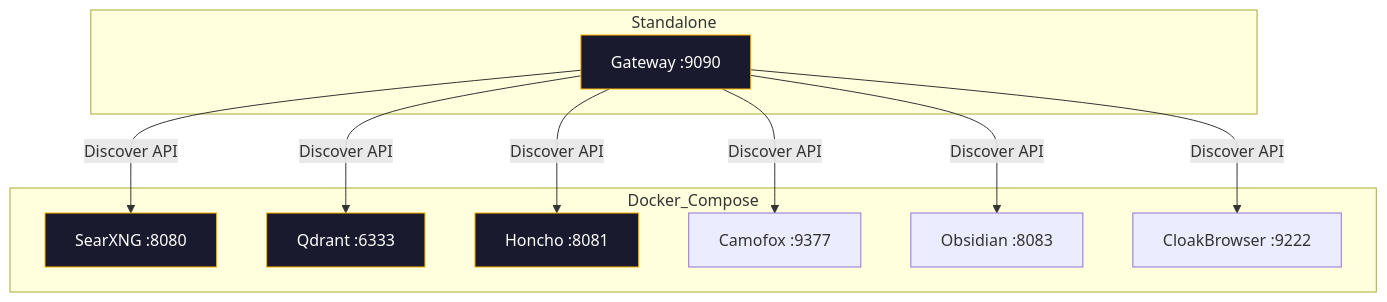
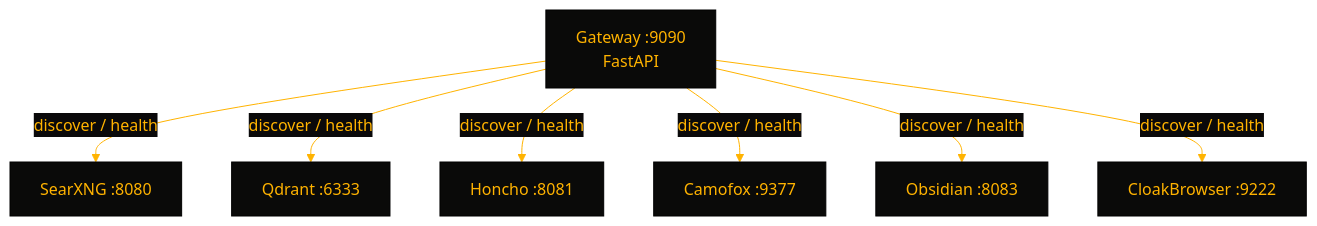
The diagram in README.md (OneByJorah/ForgeDash), drawn with Mermaid before and after one commit. The commit also changed other lines of this file and 11 other files, not shown here.

````diff
--- a/README.md
+++ b/README.md
@@ -28,26 +39,11 @@
 ```mermaid
+%%{init: {'theme':'base','themeVariables':{'primaryColor':'#0a0a09','primaryTextColor':'#FFB300','lineColor':'#FFB300'}}}%%
 graph TB
-    subgraph Docker_Compose
-        C[SearXNG :8080]
-        D[Qdrant :6333]
-        E[Honcho :8081]
-        F[Camofox :9377]
-        G[Obsidian :8083]
-        H[CloakBrowser :9222]
-    end
-    subgraph Standalone
-        B[Gateway :9090]
-    end
-
-    B -->|Discover API| C
-    B -->|Discover API| D
-    B -->|Discover API| E
-    B -->|Discover API| F
-    B -->|Discover API| G
-    B -->|Discover API| H
-
-    style B fill:#1a1a2e,stroke:#FFB300,color:#fff
-    style C fill:#1a1a2e,stroke:#FFB300,color:#fff
-    style D fill:#1a1a2e,stroke:#FFB300,color:#fff
-    style E fill:#1a1a2e,stroke:#FFB300,color:#fff
+    G[Gateway :9090<br/>FastAPI]
+    G -->|discover / health| C[SearXNG :8080]
+    G -->|discover / health| D[Qdrant :6333]
+    G -->|discover / health| E[Honcho :8081]
+    G -->|discover / health| F[Camofox :9377]
+    G -->|discover / health| H[Obsidian :8083]
+    G -->|discover / health| I[CloakBrowser :9222]
 ```
````
